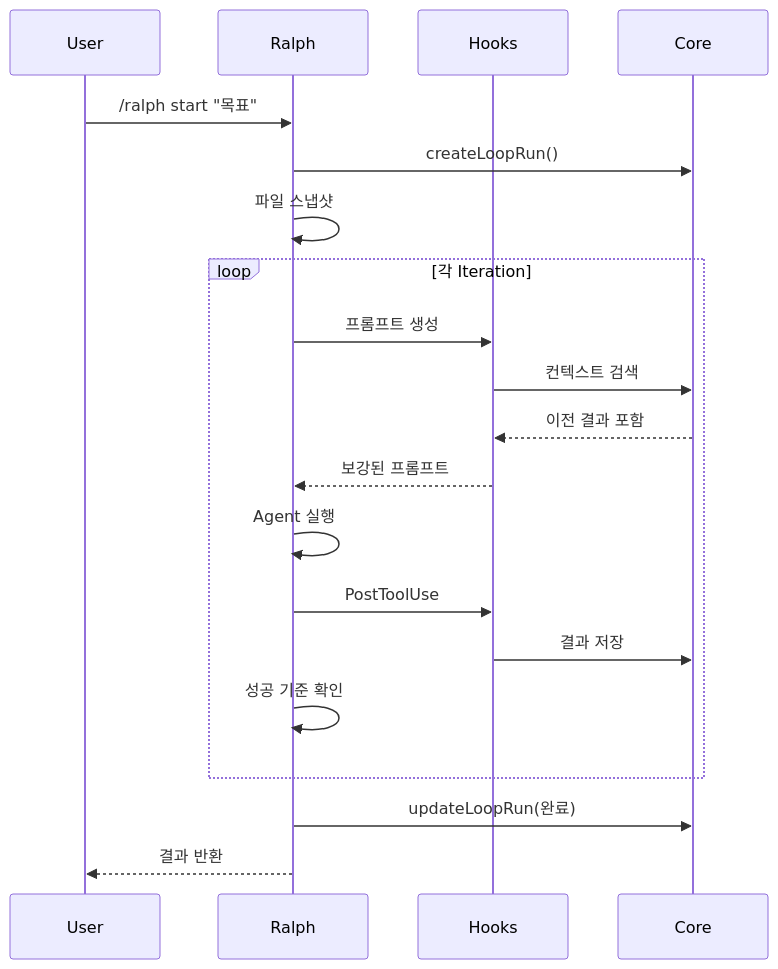
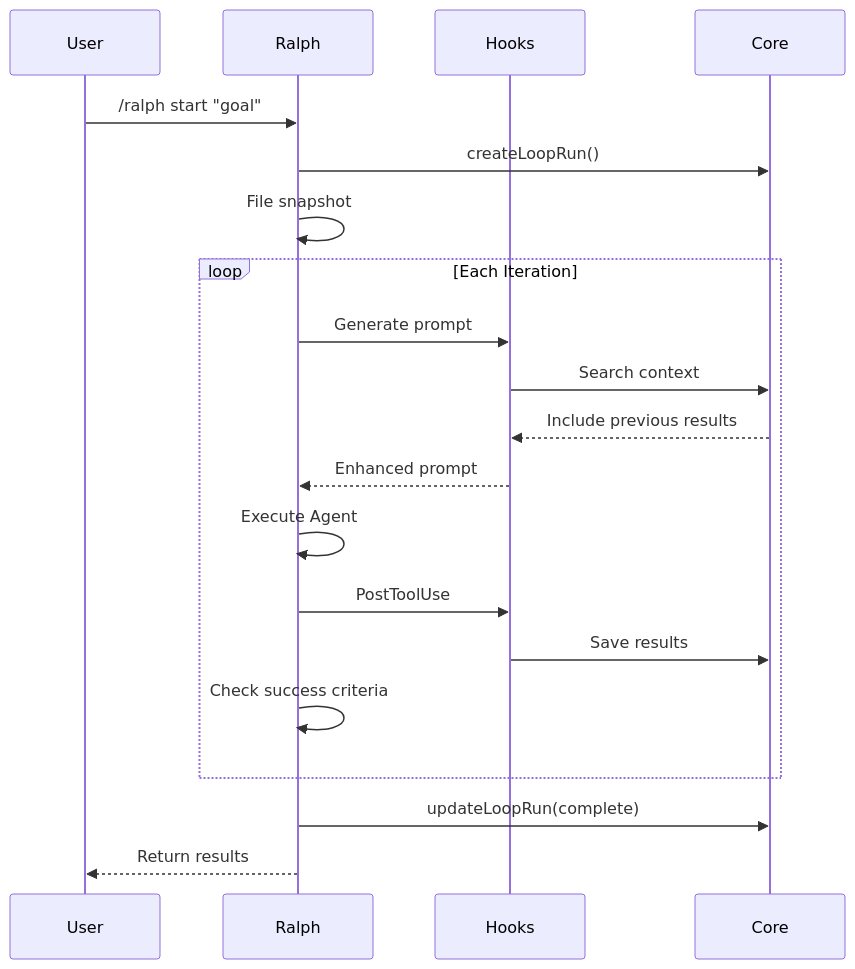
One commit to yeochul-jeon/ralph-mem changed the eighth of 10 diagrams in docs/ARCHITECTURE.md. Above: the diagram before and after it, drawn with Mermaid. The commit also changed other lines of this file and 26 other files, not shown here.

````diff
--- a/docs/ARCHITECTURE.md
+++ b/docs/ARCHITECTURE.md
@@ -331,25 +333,25 @@
 ```mermaid
 sequenceDiagram
     participant U as User
     participant R as Ralph
     participant H as Hooks
     participant C as Core
 
-    U->>R: /ralph start "목표"
+    U->>R: /ralph start "goal"
     R->>C: createLoopRun()
-    R->>R: 파일 스냅샷
+    R->>R: File snapshot
 
-    loop 각 Iteration
-        R->>H: 프롬프트 생성
-        H->>C: 컨텍스트 검색
-        C-->>H: 이전 결과 포함
-        H-->>R: 보강된 프롬프트
-        R->>R: Agent 실행
+    loop Each Iteration
+        R->>H: Generate prompt
+        H->>C: Search context
+        C-->>H: Include previous results
+        H-->>R: Enhanced prompt
+        R->>R: Execute Agent
         R->>H: PostToolUse
-        H->>C: 결과 저장
-        R->>R: 성공 기준 확인
+        H->>C: Save results
+        R->>R: Check success criteria
     end
 
-    R->>C: updateLoopRun(완료)
-    R-->>U: 결과 반환
+    R->>C: updateLoopRun(complete)
+    R-->>U: Return results
 ```
````
